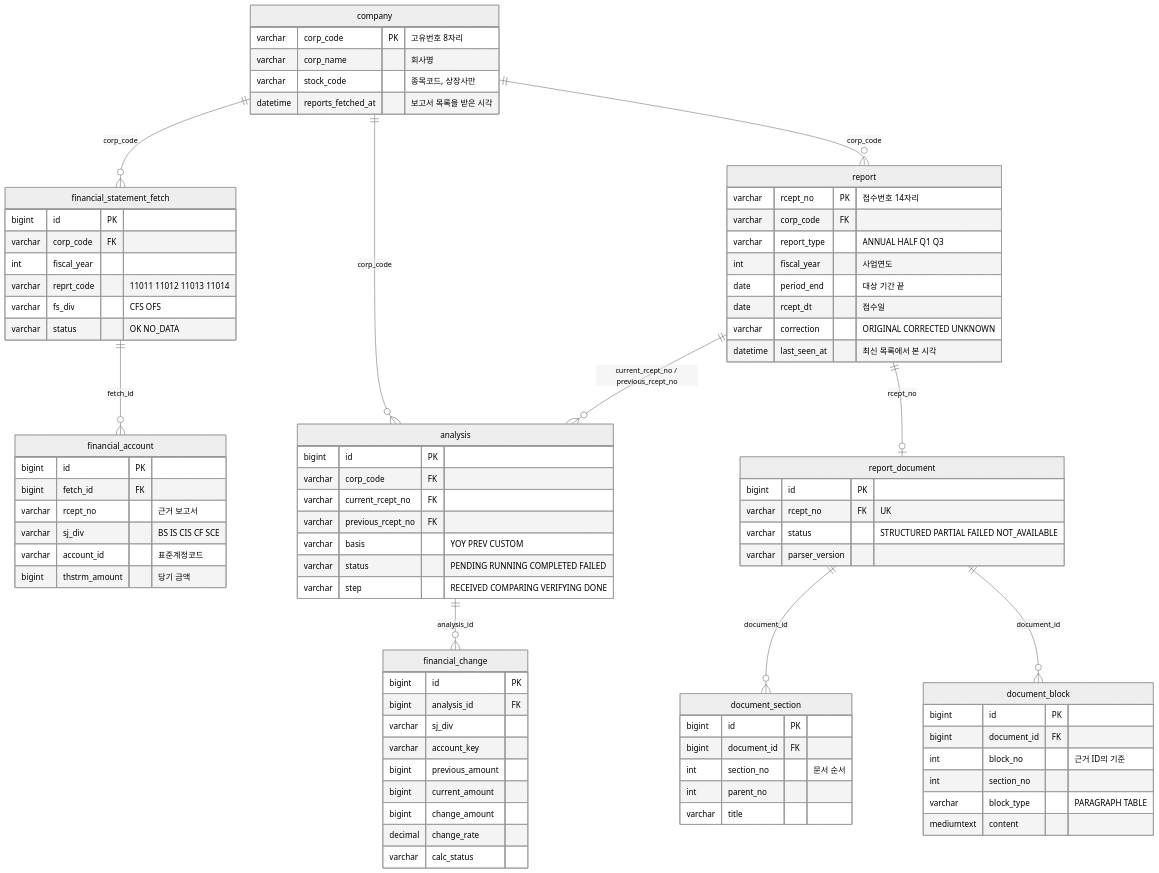
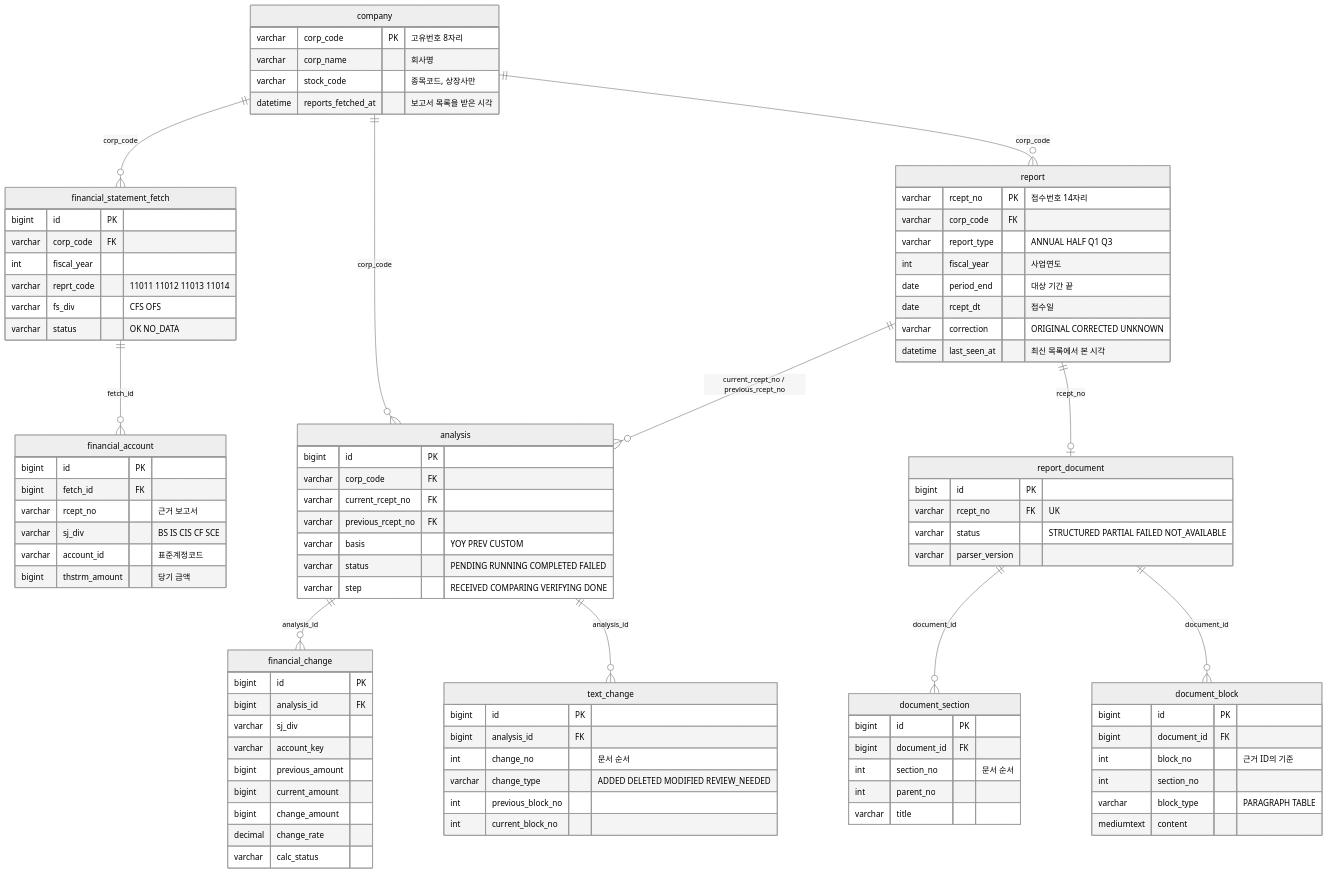
Before and after one commit to ShinhanDSProject/dart-insight: the diagram in docs/erd.md, drawn with Mermaid (neutral theme). The commit also changed other lines of this file and 28 other files, not shown here.

```diff
--- a/docs/erd.md
+++ b/docs/erd.md
@@ -36,6 +37,7 @@
     company ||--o{ analysis : "corp_code"
     report ||--o{ analysis : "current_rcept_no / previous_rcept_no"
     analysis ||--o{ financial_change : "analysis_id"
+    analysis ||--o{ text_change : "analysis_id"
     report ||--o| report_document : "rcept_no"
     report_document ||--o{ document_section : "document_id"
     report_document ||--o{ document_block : "document_id"
@@ -92,6 +94,14 @@
         decimal change_rate
         varchar calc_status
     }
+    text_change {
+        bigint id PK
+        bigint analysis_id FK
+        int change_no "문서 순서"
+        varchar change_type "ADDED DELETED MODIFIED REVIEW_NEEDED"
+        int previous_block_no
+        int current_block_no
+    }
     report_document {
         bigint id PK
         varchar rcept_no FK "UK"
```
